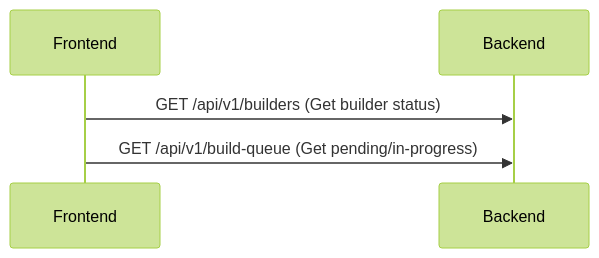
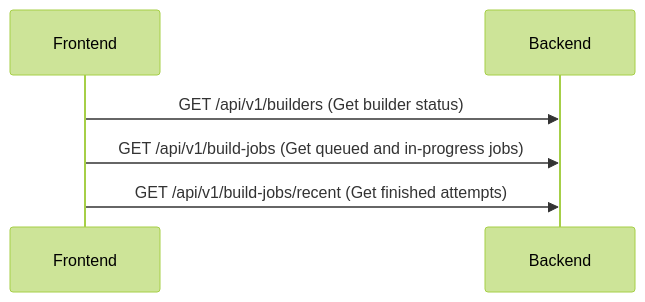
One commit to usmcamp0811/crystal-forge changed the fourth of 4 diagrams in docs/knowledge/ui/flakes-environments-builds-and-evaluations-views.md. Above: the diagram before and after it, drawn with Mermaid (forest theme). The commit also changed other lines of this file and 39 other files, not shown here.

````diff
--- a/docs/knowledge/ui/flakes-environments-builds-and-evaluations-views.md
+++ b/docs/knowledge/ui/flakes-environments-builds-and-evaluations-views.md
@@ -189,8 +189,9 @@
 ```mermaid
 %% diagram-id: ui-builds-api-sequence
 sequenceDiagram
   participant Frontend
   participant Backend
   Frontend->>Backend: GET /api/v1/builders (Get builder status)
-  Frontend->>Backend: GET /api/v1/build-queue (Get pending/in-progress)
+  Frontend->>Backend: GET /api/v1/build-jobs (Get queued and in-progress jobs)
+  Frontend->>Backend: GET /api/v1/build-jobs/recent (Get finished attempts)
 ```
````
